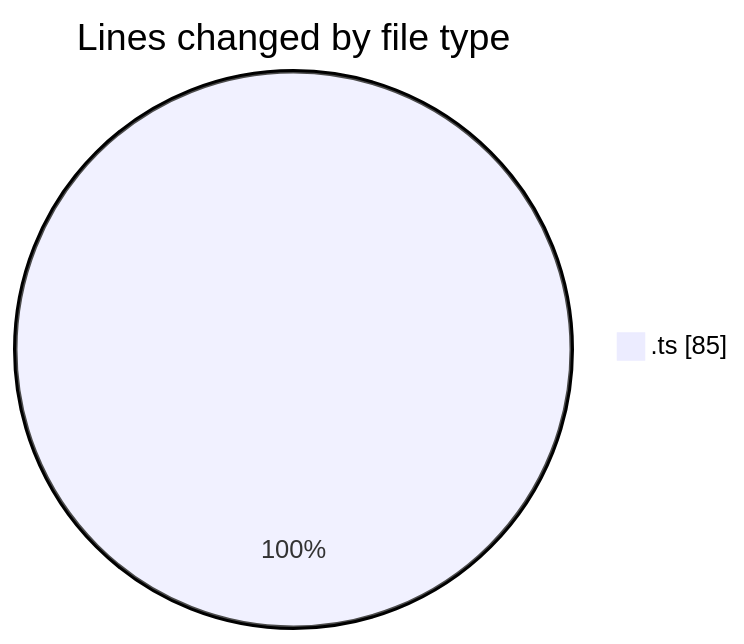
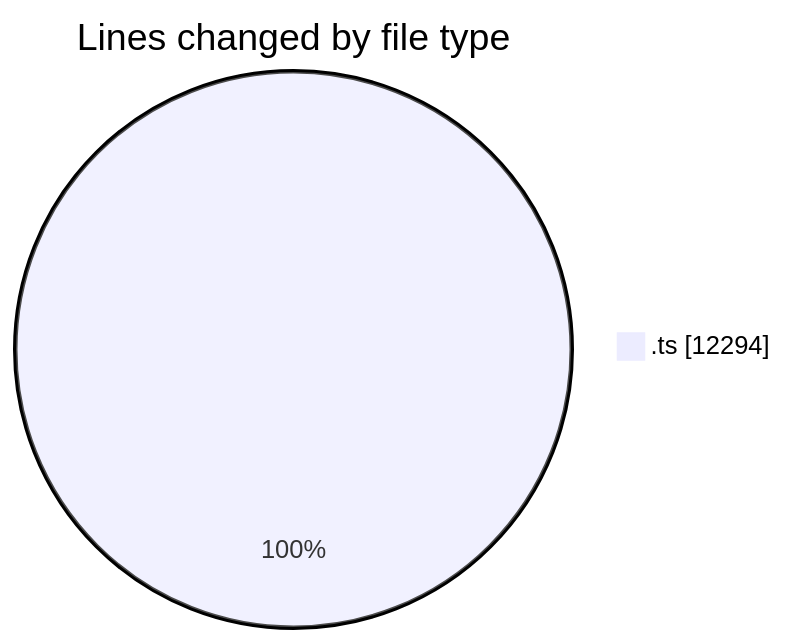
One commit to momahboobian/code-tracking changed the first of 2 diagrams in 2025-07-31/cda/README.md. Above: the diagram before and after it, drawn with Mermaid. The commit also changed other lines of this file and 1 other file, not shown here.

````diff
--- a/2025-07-31/cda/README.md
+++ b/2025-07-31/cda/README.md
@@ -20,5 +22,5 @@
 ```mermaid
 pie showData
 title Lines changed by file type
-".ts" : 85
+".ts" : 12294
 ```
````
